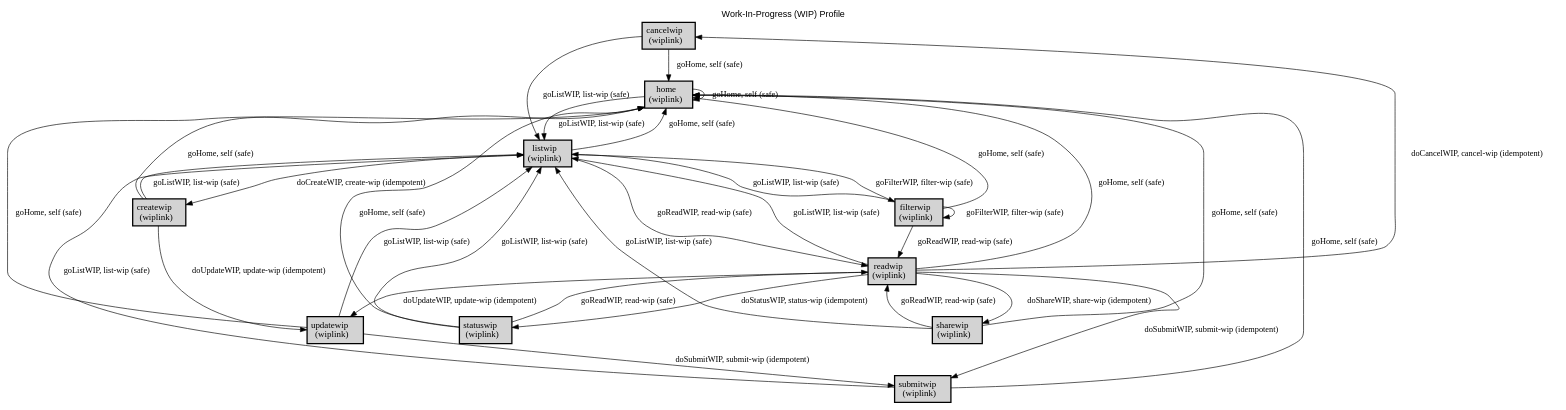
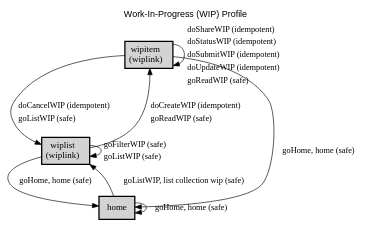
One commit to webapicookbook/alps-documents changed the diagram in docs/wip/wip.dot. Above: the diagram before and after it, drawn with Graphviz. The commit also changed 24 other files, not shown here.

```diff
--- a/docs/wip/wip.dot
+++ b/docs/wip/wip.dot
@@ -1,56 +1,24 @@
 digraph application_state_diagram {
   graph [
     labelloc="t";
     fontname="Helvetica"
     label="Work-In-Progress (WIP) Profile";
     URL="index.html" target="_parent"
   ];
   node [shape = box, style = "bold,filled" fillcolor="lightgray"];
 
-    cancelwip [margin=0.02, label=<<table cellspacing="0" cellpadding="5" border="0"><tr><td>cancelwip<br />(wiplink)<br /></td></tr></table>>,shape=box URL="docs/semantic.cancelwip.html" target="_parent"]
-    createwip [margin=0.02, label=<<table cellspacing="0" cellpadding="5" border="0"><tr><td>createwip<br />(wiplink)<br /></td></tr></table>>,shape=box URL="docs/semantic.createwip.html" target="_parent"]
-    filterwip [margin=0.02, label=<<table cellspacing="0" cellpadding="5" border="0"><tr><td>filterwip<br />(wiplink)<br /></td></tr></table>>,shape=box URL="docs/semantic.filterwip.html" target="_parent"]
-    home [margin=0.02, label=<<table cellspacing="0" cellpadding="5" border="0"><tr><td>home<br />(wiplink)<br /></td></tr></table>>,shape=box URL="docs/semantic.home.html" target="_parent"]
-    listwip [margin=0.02, label=<<table cellspacing="0" cellpadding="5" border="0"><tr><td>listwip<br />(wiplink)<br /></td></tr></table>>,shape=box URL="docs/semantic.listwip.html" target="_parent"]
-    readwip [margin=0.02, label=<<table cellspacing="0" cellpadding="5" border="0"><tr><td>readwip<br />(wiplink)<br /></td></tr></table>>,shape=box URL="docs/semantic.readwip.html" target="_parent"]
-    sharewip [margin=0.02, label=<<table cellspacing="0" cellpadding="5" border="0"><tr><td>sharewip<br />(wiplink)<br /></td></tr></table>>,shape=box URL="docs/semantic.sharewip.html" target="_parent"]
-    statuswip [margin=0.02, label=<<table cellspacing="0" cellpadding="5" border="0"><tr><td>statuswip<br />(wiplink)<br /></td></tr></table>>,shape=box URL="docs/semantic.statuswip.html" target="_parent"]
-    submitwip [margin=0.02, label=<<table cellspacing="0" cellpadding="5" border="0"><tr><td>submitwip<br />(wiplink)<br /></td></tr></table>>,shape=box URL="docs/semantic.submitwip.html" target="_parent"]
-    updatewip [margin=0.02, label=<<table cellspacing="0" cellpadding="5" border="0"><tr><td>updatewip<br />(wiplink)<br /></td></tr></table>>,shape=box URL="docs/semantic.updatewip.html" target="_parent"]
+    wipitem [margin=0.02, label=<<table cellspacing="0" cellpadding="5" border="0"><tr><td>wipitem<br />(wiplink)<br /></td></tr></table>>,shape=box URL="docs/semantic.wipitem.html" target="_parent"]
+    wiplist [margin=0.02, label=<<table cellspacing="0" cellpadding="5" border="0"><tr><td>wiplist<br />(wiplink)<br /></td></tr></table>>,shape=box URL="docs/semantic.wiplist.html" target="_parent"]
 
-    cancelwip -> home [label = "goHome, self (safe)" URL="docs/safe.goHome.html" target="_parent" fontsize=13];
-    cancelwip -> listwip [label = "goListWIP, list-wip (safe)" URL="docs/safe.goListWIP.html" target="_parent" fontsize=13];
-    createwip -> home [label = "goHome, self (safe)" URL="docs/safe.goHome.html" target="_parent" fontsize=13];
-    createwip -> listwip [label = "goListWIP, list-wip (safe)" URL="docs/safe.goListWIP.html" target="_parent" fontsize=13];
-    createwip -> updatewip [label = "doUpdateWIP, update-wip (idempotent)" URL="docs/idempotent.doUpdateWIP.html" target="_parent" fontsize=13];
-    filterwip -> filterwip [label = "goFilterWIP, filter-wip (safe)" URL="docs/safe.goFilterWIP.html" target="_parent" fontsize=13];
-    filterwip -> home [label = "goHome, self (safe)" URL="docs/safe.goHome.html" target="_parent" fontsize=13];
-    filterwip -> listwip [label = "goListWIP, list-wip (safe)" URL="docs/safe.goListWIP.html" target="_parent" fontsize=13];
-    filterwip -> readwip [label = "goReadWIP, read-wip (safe)" URL="docs/safe.goReadWIP.html" target="_parent" fontsize=13];
-    home -> home [label = "goHome, self (safe)" URL="docs/safe.goHome.html" target="_parent" fontsize=13];
-    home -> listwip [label = "goListWIP, list-wip (safe)" URL="docs/safe.goListWIP.html" target="_parent" fontsize=13];
-    listwip -> createwip [label = "doCreateWIP, create-wip (idempotent)" URL="docs/idempotent.doCreateWIP.html" target="_parent" fontsize=13];
-    listwip -> filterwip [label = "goFilterWIP, filter-wip (safe)" URL="docs/safe.goFilterWIP.html" target="_parent" fontsize=13];
-    listwip -> home [label = "goHome, self (safe)" URL="docs/safe.goHome.html" target="_parent" fontsize=13];
-    listwip -> readwip [label = "goReadWIP, read-wip (safe)" URL="docs/safe.goReadWIP.html" target="_parent" fontsize=13];
-    readwip -> cancelwip [label = "doCancelWIP, cancel-wip (idempotent)" URL="docs/idempotent.doCancelWIP.html" target="_parent" fontsize=13];
-    readwip -> home [label = "goHome, self (safe)" URL="docs/safe.goHome.html" target="_parent" fontsize=13];
-    readwip -> listwip [label = "goListWIP, list-wip (safe)" URL="docs/safe.goListWIP.html" target="_parent" fontsize=13];
-    readwip -> sharewip [label = "doShareWIP, share-wip (idempotent)" URL="docs/idempotent.doShareWIP.html" target="_parent" fontsize=13];
-    readwip -> statuswip [label = "doStatusWIP, status-wip (idempotent)" URL="docs/idempotent.doStatusWIP.html" target="_parent" fontsize=13];
-    readwip -> submitwip [label = "doSubmitWIP, submit-wip (idempotent)" URL="docs/idempotent.doSubmitWIP.html" target="_parent" fontsize=13];
-    readwip -> updatewip [label = "doUpdateWIP, update-wip (idempotent)" URL="docs/idempotent.doUpdateWIP.html" target="_parent" fontsize=13];
-    sharewip -> home [label = "goHome, self (safe)" URL="docs/safe.goHome.html" target="_parent" fontsize=13];
-    sharewip -> listwip [label = "goListWIP, list-wip (safe)" URL="docs/safe.goListWIP.html" target="_parent" fontsize=13];
-    sharewip -> readwip [label = "goReadWIP, read-wip (safe)" URL="docs/safe.goReadWIP.html" target="_parent" fontsize=13];
-    statuswip -> home [label = "goHome, self (safe)" URL="docs/safe.goHome.html" target="_parent" fontsize=13];
-    statuswip -> listwip [label = "goListWIP, list-wip (safe)" URL="docs/safe.goListWIP.html" target="_parent" fontsize=13];
-    statuswip -> readwip [label = "goReadWIP, read-wip (safe)" URL="docs/safe.goReadWIP.html" target="_parent" fontsize=13];
-    submitwip -> home [label = "goHome, self (safe)" URL="docs/safe.goHome.html" target="_parent" fontsize=13];
-    submitwip -> listwip [label = "goListWIP, list-wip (safe)" URL="docs/safe.goListWIP.html" target="_parent" fontsize=13];
-    updatewip -> home [label = "goHome, self (safe)" URL="docs/safe.goHome.html" target="_parent" fontsize=13];
-    updatewip -> listwip [label = "goListWIP, list-wip (safe)" URL="docs/safe.goListWIP.html" target="_parent" fontsize=13];
-    updatewip -> submitwip [label = "doSubmitWIP, submit-wip (idempotent)" URL="docs/idempotent.doSubmitWIP.html" target="_parent" fontsize=13];
+    home -> home [label = "goHome, home (safe)" URL="docs/safe.goHome.html" target="_parent" fontsize=13];
+    home -> wiplist [label = "goListWIP, list collection wip (safe)" URL="docs/safe.goListWIP.html" target="_parent" fontsize=13];
+    wipitem -> home [label = "goHome, home (safe)" URL="docs/safe.goHome.html" target="_parent" fontsize=13];
+    wipitem -> wipitem [label=<<table  border="0"><tr><td align="left" href="docs/idempotent.doShareWIP.html">doShareWIP (idempotent)</td></tr><tr><td align="left" href="docs/idempotent.doStatusWIP.html">doStatusWIP (idempotent)</td></tr><tr><td align="left" href="docs/idempotent.doSubmitWIP.html">doSubmitWIP (idempotent)</td></tr><tr><td align="left" href="docs/idempotent.doUpdateWIP.html">doUpdateWIP (idempotent)</td></tr><tr><td align="left" href="docs/safe.goReadWIP.html">goReadWIP (safe)</td></tr></table>> fontsize=13];
+    wipitem -> wiplist [label=<<table  border="0"><tr><td align="left" href="docs/idempotent.doCancelWIP.html">doCancelWIP (idempotent)</td></tr><tr><td align="left" href="docs/safe.goListWIP.html">goListWIP (safe)</td></tr></table>> fontsize=13];
+    wiplist -> home [label = "goHome, home (safe)" URL="docs/safe.goHome.html" target="_parent" fontsize=13];
+    wiplist -> wipitem [label=<<table  border="0"><tr><td align="left" href="docs/idempotent.doCreateWIP.html">doCreateWIP (idempotent)</td></tr><tr><td align="left" href="docs/safe.goReadWIP.html">goReadWIP (safe)</td></tr></table>> fontsize=13];
+    wiplist -> wiplist [label=<<table  border="0"><tr><td align="left" href="docs/safe.goFilterWIP.html">goFilterWIP (safe)</td></tr><tr><td align="left" href="docs/safe.goListWIP.html">goListWIP (safe)</td></tr></table>> fontsize=13];
 
+    home [URL="docs/semantic.home.html" target="_parent"]
 
 }
```
